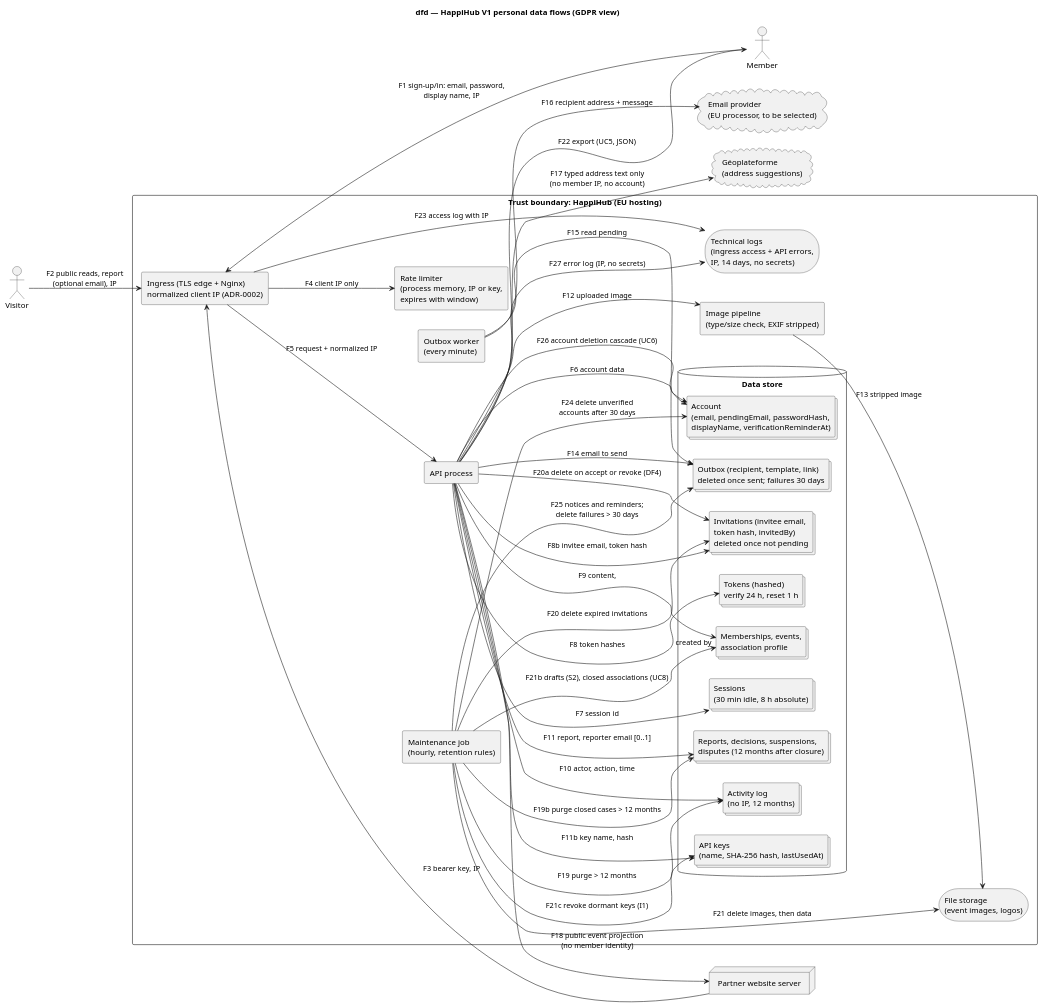
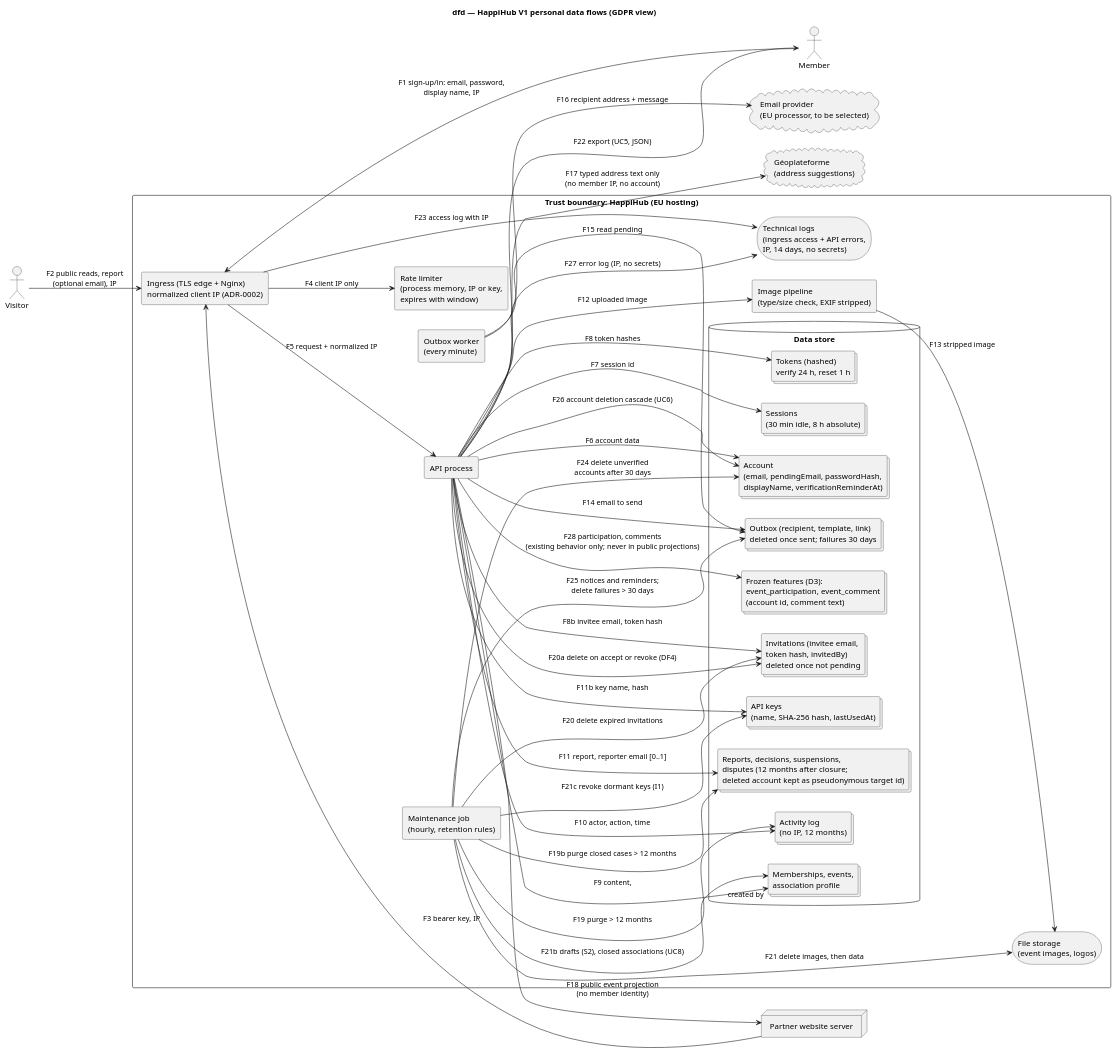
One commit to benoit-bremaud/HappiHub changed the diagram in docs/architecture/diagrams/v1-events/06-data-flow.puml. Above: the diagram before and after it, drawn with PlantUML. The commit also changed 5 other files, not shown here.

```diff
--- a/docs/architecture/diagrams/v1-events/06-data-flow.puml
+++ b/docs/architecture/diagrams/v1-events/06-data-flow.puml
@@ -1,70 +1,72 @@
 @startuml
 title dfd — HappiHub V1 personal data flows (GDPR view)
 skinparam shadowing false
 skinparam componentStyle rectangle
 left to right direction
 
 actor "Member" as M
 actor "Visitor" as V
 node "Partner website server" as P
 
 rectangle "Trust boundary: HappiHub (EU hosting)" {
   component "Ingress (TLS edge + Nginx)\nnormalized client IP (ADR-0002)" as N
   component "API process" as API
   component "Rate limiter\n(process memory, IP or key,\nexpires with window)" as RL
   component "Image pipeline\n(type/size check, EXIF stripped)" as IMG
   component "Maintenance job\n(hourly, retention rules)" as MJ
   component "Outbox worker\n(every minute)" as OW
 
   database "Data store" as DB {
     collections "Account\n(email, pendingEmail, passwordHash,\ndisplayName, verificationReminderAt)" as D_ACC
     collections "Sessions\n(30 min idle, 8 h absolute)" as D_SES
     collections "Tokens (hashed)\nverify 24 h, reset 1 h" as D_TOK
     collections "Invitations (invitee email,\ntoken hash, invitedBy)\ndeleted once not pending" as D_INV
     collections "Memberships, events,\nassociation profile" as D_ASSO
     collections "Activity log\n(no IP, 12 months)" as D_LOG
-    collections "Reports, decisions, suspensions,\ndisputes (12 months after closure)" as D_MOD
+    collections "Reports, decisions, suspensions,\ndisputes (12 months after closure;\ndeleted account kept as pseudonymous target id)" as D_MOD
+    collections "Frozen features (D3):\nevent_participation, event_comment\n(account id, comment text)" as D_FRZ
     collections "Outbox (recipient, template, link)\ndeleted once sent; failures 30 days" as D_OUT
     collections "API keys\n(name, SHA-256 hash, lastUsedAt)" as D_KEY
   }
   storage "Technical logs\n(ingress access + API errors,\nIP, 14 days, no secrets)" as TL
   storage "File storage\n(event images, logos)" as FS
 }
 
 cloud "Email provider\n(EU processor, to be selected)" as XMAIL
 cloud "Géoplateforme\n(address suggestions)" as XADDR
 
 M --> N : F1 sign-up/in: email, password,\ndisplay name, IP
 V --> N : F2 public reads, report\n(optional email), IP
 P --> N : F3 bearer key, IP
 N --> RL : F4 client IP only
 N --> TL : F23 access log with IP
 N --> API : F5 request + normalized IP
 API --> TL : F27 error log (IP, no secrets)
 API --> D_ACC : F6 account data
 API --> D_SES : F7 session id
 API --> D_TOK : F8 token hashes
 API --> D_INV : F8b invitee email, token hash
 API --> D_ASSO : F9 content, "created by"
 API --> D_LOG : F10 actor, action, time
 API --> D_MOD : F11 report, reporter email [0..1]
 API --> D_KEY : F11b key name, hash
 API --> IMG : F12 uploaded image
 IMG --> FS : F13 stripped image
 API --> D_OUT : F14 email to send
 OW --> D_OUT : F15 read pending
 OW --> XMAIL : F16 recipient address + message
 API --> XADDR : F17 typed address text only\n(no member IP, no account)
 API --> P : F18 public event projection\n(no member identity)
 MJ --> D_LOG : F19 purge > 12 months
 MJ --> D_MOD : F19b purge closed cases > 12 months
 API --> D_INV : F20a delete on accept or revoke (DF4)
 MJ --> D_INV : F20 delete expired invitations
 MJ --> FS : F21 delete images, then data
 MJ --> D_ASSO : F21b drafts (S2), closed associations (UC8)
 MJ --> D_KEY : F21c revoke dormant keys (I1)
 MJ --> D_ACC : F24 delete unverified\naccounts after 30 days
 MJ --> D_OUT : F25 notices and reminders;\ndelete failures > 30 days
 API --> M : F22 export (UC5, JSON)
 API --> D_ACC : F26 account deletion cascade (UC6)
+API --> D_FRZ : F28 participation, comments\n(existing behavior only; never in public projections)
 @enduml
```
